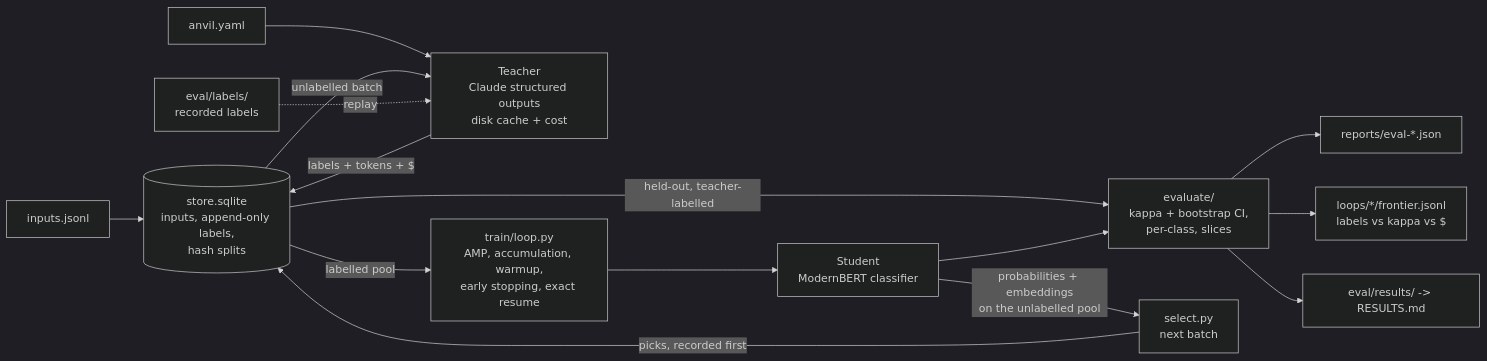
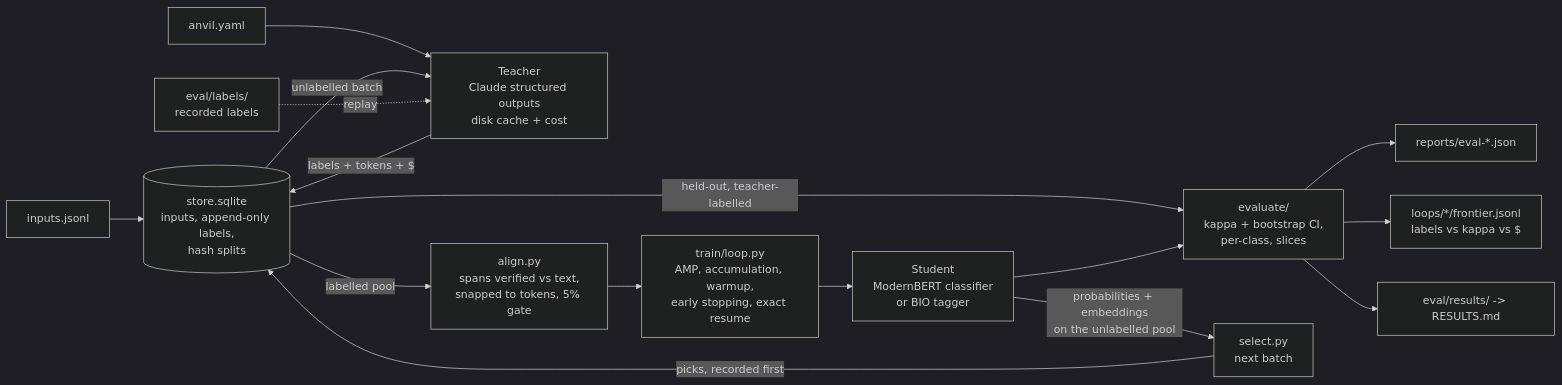
Before and after one commit to TheAsianFish/anvil: the diagram in README.md, drawn with Mermaid (dark theme). The commit also changed other lines of this file and 2 other files, not shown here.

````diff
--- a/README.md
+++ b/README.md
@@ -107,17 +137,18 @@
 ```mermaid
 flowchart LR
     I[inputs.jsonl] --> ST[(store.sqlite<br/>inputs, append-only labels,<br/>hash splits)]
     SPEC[anvil.yaml] --> T
     ST -->|unlabelled batch| T[Teacher<br/>Claude structured outputs<br/>disk cache + cost]
     T -->|labels + tokens + $| ST
-    ST -->|labelled pool| TR[train/loop.py<br/>AMP, accumulation, warmup,<br/>early stopping, exact resume]
-    TR --> S[Student<br/>ModernBERT classifier]
+    ST -->|labelled pool| AL[align.py<br/>spans verified vs text,<br/>snapped to tokens, 5% gate]
+    AL --> TR[train/loop.py<br/>AMP, accumulation, warmup,<br/>early stopping, exact resume]
+    TR --> S[Student<br/>ModernBERT classifier<br/>or BIO tagger]
     ST -->|held-out, teacher-labelled| EV[evaluate/<br/>kappa + bootstrap CI,<br/>per-class, slices]
     S --> EV
     EV --> R[reports/eval-*.json]
     S -->|probabilities + embeddings<br/>on the unlabelled pool| SEL[select.py<br/>next batch]
     SEL -->|picks, recorded first| ST
     EV --> FR[loops/*/frontier.jsonl<br/>labels vs kappa vs $]
     LF[eval/labels/<br/>recorded labels] -.->|replay| T
     EV --> RES[eval/results/ -> RESULTS.md]
 ```
````
